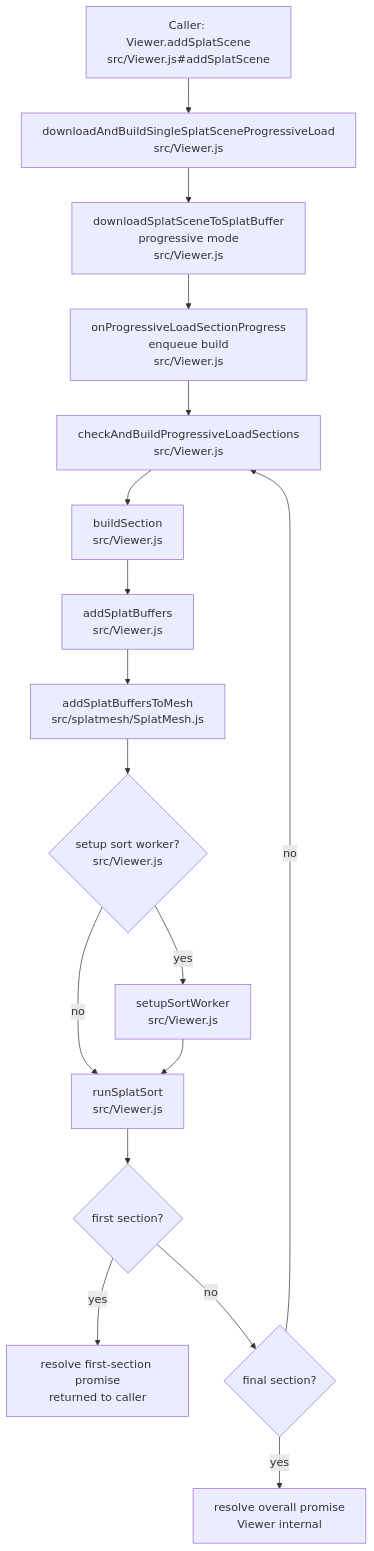
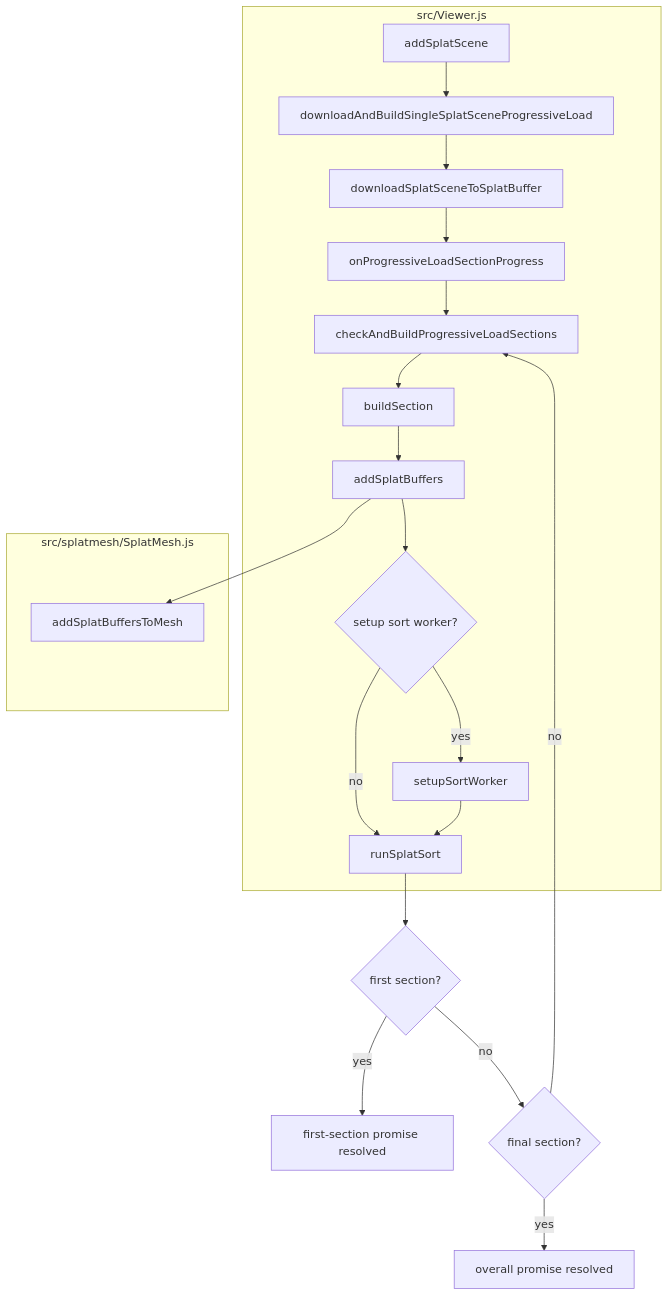
One commit to 3DGS-FLoD/flod-3dgs-demo changed the second of 2 diagrams in SCENE_LOADING_FLOW.md. Above: the diagram before and after it, drawn with Mermaid. The commit also changed other lines of this file, not shown here.

````diff
--- a/SCENE_LOADING_FLOW.md
+++ b/SCENE_LOADING_FLOW.md
@@ -134,19 +139,24 @@
 ```mermaid
 flowchart TD
-    A[Caller: Viewer.addSplatScene\nsrc/Viewer.js#addSplatScene] --> B[downloadAndBuildSingleSplatSceneProgressiveLoad\nsrc/Viewer.js]
-    B --> C[downloadSplatSceneToSplatBuffer\nprogressive mode\nsrc/Viewer.js]
-    C --> D[onProgressiveLoadSectionProgress\nenqueue build\nsrc/Viewer.js]
-    D --> E[checkAndBuildProgressiveLoadSections\nsrc/Viewer.js]
-    E --> F[buildSection\nsrc/Viewer.js]
-    F --> G[addSplatBuffers\nsrc/Viewer.js]
-    G --> H[addSplatBuffersToMesh\nsrc/splatmesh/SplatMesh.js]
-    H --> I{setup sort worker?\nsrc/Viewer.js}
-    I -->|yes| J[setupSortWorker\nsrc/Viewer.js]
-    I -->|no| K[runSplatSort\nsrc/Viewer.js]
+  subgraph Viewer_js [src/Viewer.js]
+    A[addSplatScene] --> B[downloadAndBuildSingleSplatSceneProgressiveLoad]
+    B --> C[downloadSplatSceneToSplatBuffer]
+    C --> D[onProgressiveLoadSectionProgress]
+    D --> E[checkAndBuildProgressiveLoadSections]
+    E --> F[buildSection]
+    F --> G[addSplatBuffers]
+    G --> I{setup sort worker?}
+    I -->|yes| J[setupSortWorker]
+    I -->|no| K[runSplatSort]
     J --> K
-    K --> L{first section?}
-    L -->|yes| M[resolve first-section promise\nreturned to caller]
-    L -->|no| N{final section?}
-    N -->|yes| O[resolve overall promise\nViewer internal]
-    N -->|no| E
+  end
+  subgraph SplatMesh_js [src/splatmesh/SplatMesh.js]
+    H[addSplatBuffersToMesh]
+  end
+  G --> H
+  K --> L{first section?}
+  L -->|yes| M[first-section promise resolved]
+  L -->|no| N{final section?}
+  N -->|yes| O[overall promise resolved]
+  N -->|no| E
 ```
````
